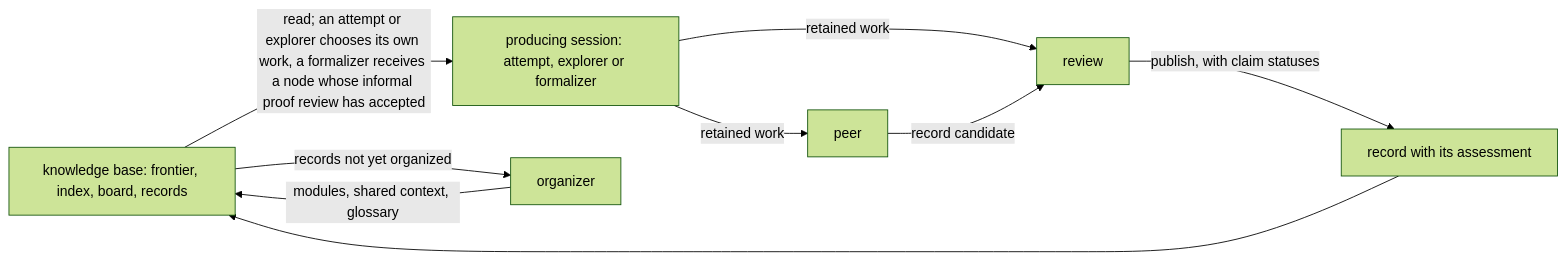
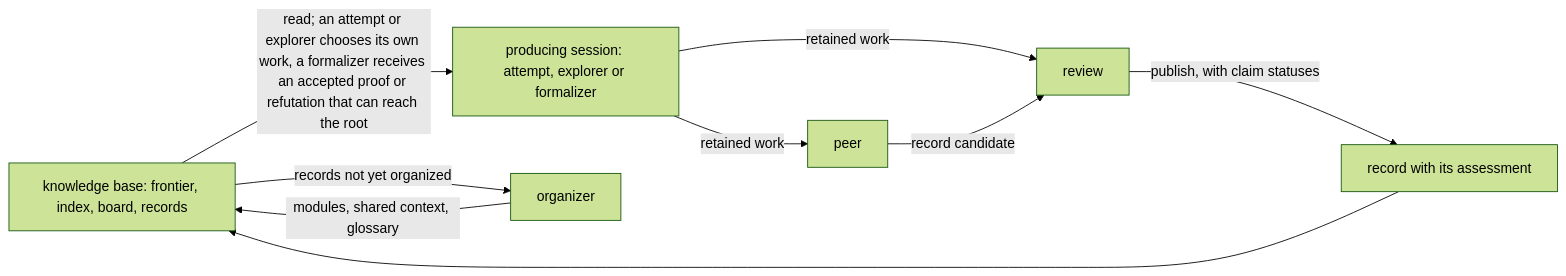
The diagram in 임시/작문/readme-20261112/README.md (MegasKomnenos/do-math), drawn with Mermaid (forest theme) before and after one commit. The commit also changed other lines of this file and 33 other files, not shown here.

````diff
--- a/임시/작문/readme-20261112/README.md
+++ b/임시/작문/readme-20261112/README.md
@@ -49,17 +53,17 @@
 ```mermaid
 flowchart LR
   KB["knowledge base: frontier, index, board, records"]
   P["producing session: attempt, explorer or formalizer"]
   PR["peer"]
   RV["review"]
   REC["record with its assessment"]
   ORG["organizer"]
-  KB -- "read; an attempt or explorer chooses its own work, a formalizer receives a node whose informal proof review has accepted" --> P
+  KB -- "read; an attempt or explorer chooses its own work, a formalizer receives an accepted proof or refutation that can reach the root" --> P
   P -- "retained work" --> PR
   P -- "retained work" --> RV
   PR -- "record candidate" --> RV
   RV -- "publish, with claim statuses" --> REC
   REC --> KB
   KB -- "records not yet organized" --> ORG
   ORG -- "modules, shared context, glossary" --> KB
 ```
````
